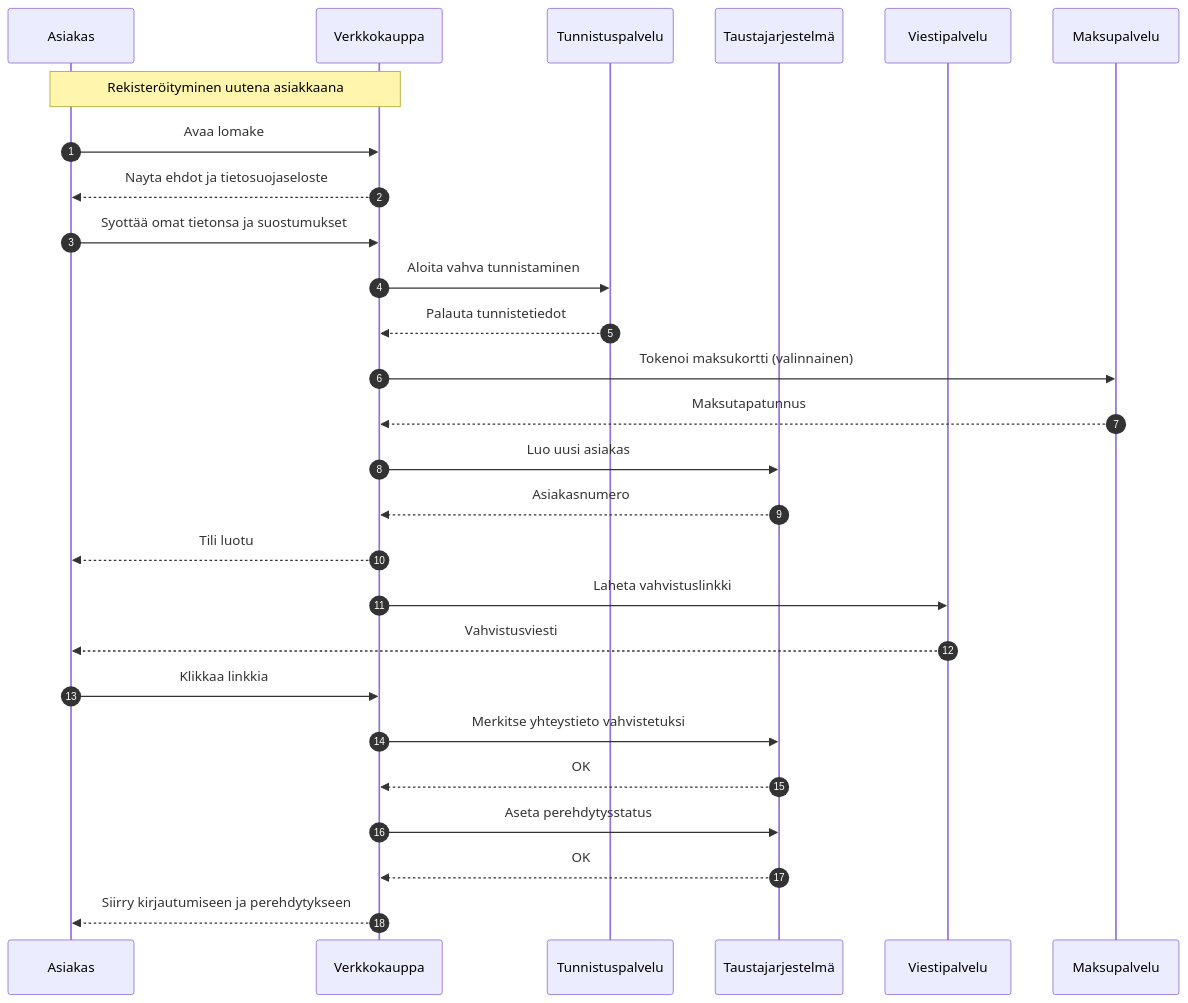
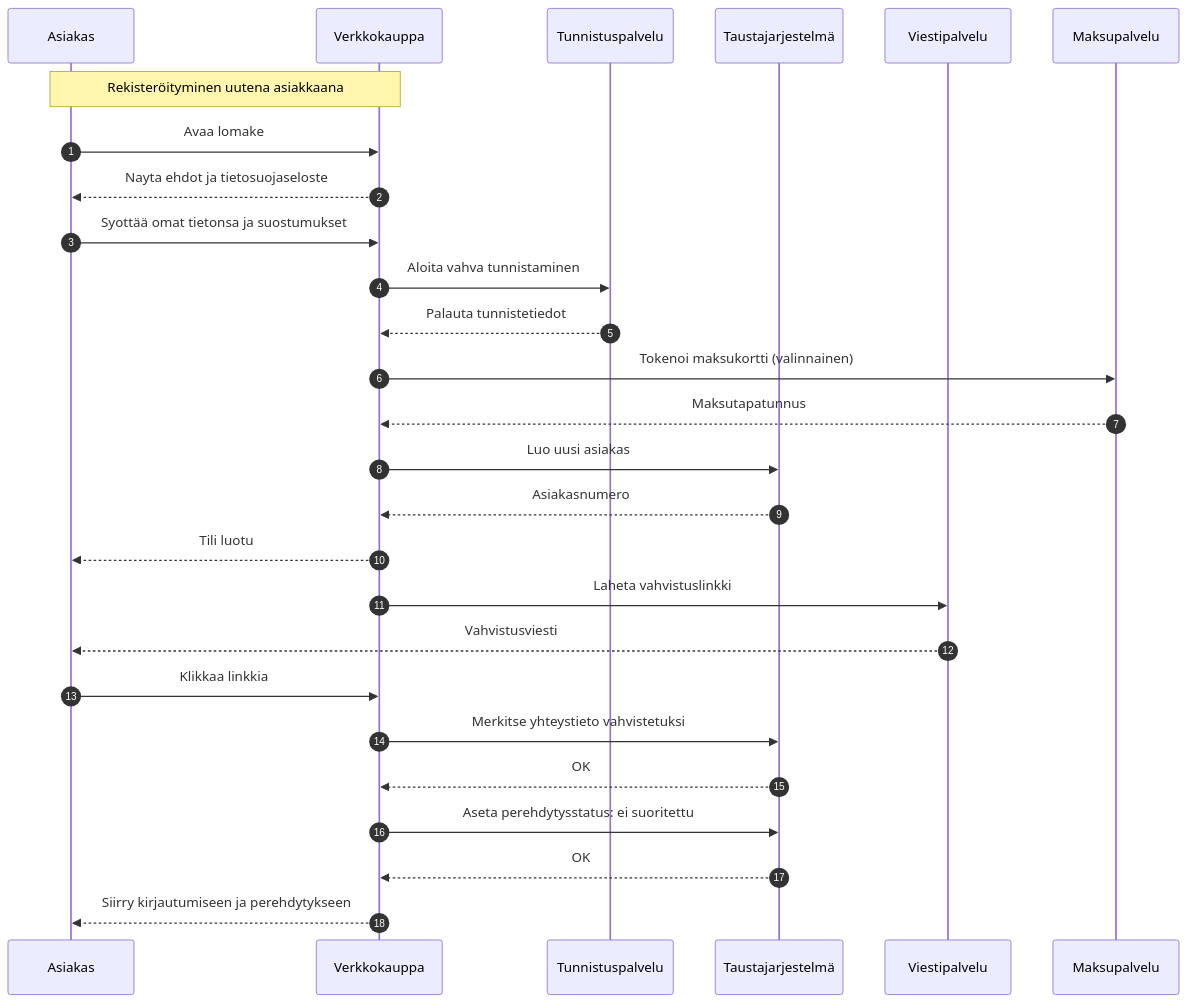
The diagram in mermaid/00-rekisteröityminen.mmd (harri-hytonen/waste-compactor-api), drawn with Mermaid before and after one commit. The commit also changed 6 other files, not shown here.

```diff
--- a/mermaid/00-rekisteröityminen.mmd
+++ b/mermaid/00-rekisteröityminen.mmd
@@ -1,36 +1,36 @@
 sequenceDiagram
     autonumber
     participant A as Asiakas
     participant V as Verkkokauppa
     participant ID as Tunnistuspalvelu
     participant T as Taustajarjestelmä
     participant E as Viestipalvelu
     participant P as Maksupalvelu
 
     Note over A,V: Rekisteröityminen uutena asiakkaana
 
     A->>V: Avaa lomake
     V-->>A: Nayta ehdot ja tietosuojaseloste
     A->>V: Syottää omat tietonsa ja suostumukset
 
     V->>ID: Aloita vahva tunnistaminen
     ID-->>V: Palauta tunnistetiedot
 
     V->>P: Tokenoi maksukortti (valinnainen)
     P-->>V: Maksutapatunnus
 
     V->>T: Luo uusi asiakas
     T-->>V: Asiakasnumero
 
     V-->>A: Tili luotu
     V->>E: Laheta vahvistuslinkki
     E-->>A: Vahvistusviesti
 
     A->>V: Klikkaa linkkia
     V->>T: Merkitse yhteystieto vahvistetuksi
     T-->>V: OK
 
-    V->>T: Aseta perehdytysstatus
+    V->>T: Aseta perehdytysstatus: ei suoritettu
     T-->>V: OK
 
     V-->>A: Siirry kirjautumiseen ja perehdytykseen
```
